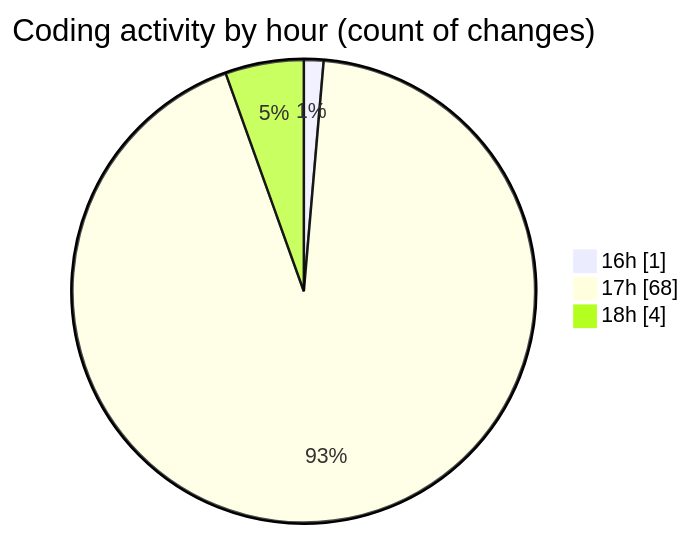
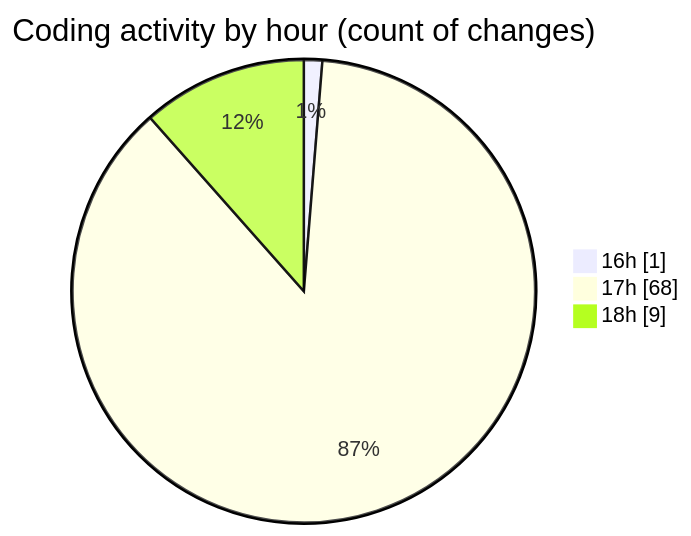
The second of 2 diagrams in 2025-05-27/studio-backend/README.md (idhammustaqopulfikri/code-tracking), drawn with Mermaid before and after one commit. The commit also changed other lines of this file and 1 other file, not shown here.

````diff
--- a/2025-05-27/studio-backend/README.md
+++ b/2025-05-27/studio-backend/README.md
@@ -61,7 +62,7 @@
 ```mermaid
 pie showData
 title Coding activity by hour (count of changes)
 "16h" : 1
 "17h" : 68
-"18h" : 4
+"18h" : 9
 ```
````
